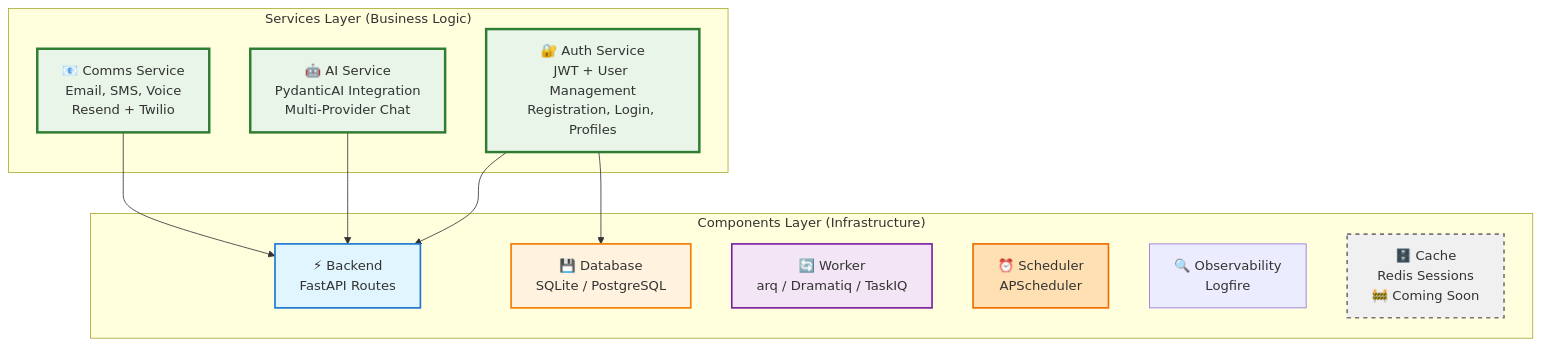
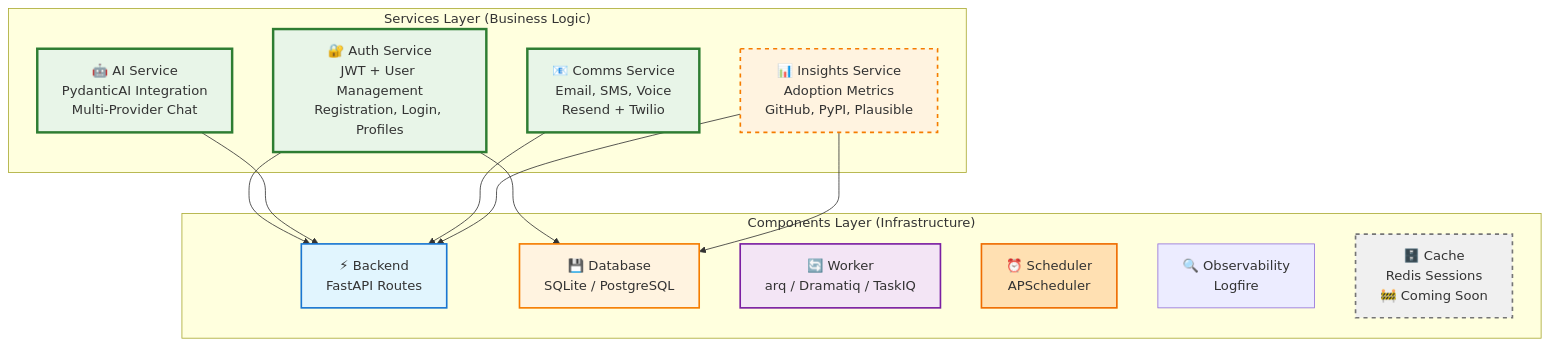
One commit to bhardwajRahul/aegis-stack changed the first of 4 diagrams in docs/services/index.md. Above: the diagram before and after it, drawn with Mermaid. The commit also changed other lines of this file and 90 other files, not shown here.

Commit message:
Insights Service

````diff
--- a/docs/services/index.md
+++ b/docs/services/index.md
@@ -11,31 +11,35 @@
 ```mermaid
 graph TB
     subgraph "Services Layer (Business Logic)"
         Auth[🔐 Auth Service<br/>JWT + User Management<br/>Registration, Login, Profiles]
         AI[🤖 AI Service<br/>PydanticAI Integration<br/>Multi-Provider Chat]
         Comms[📧 Comms Service<br/>Email, SMS, Voice<br/>Resend + Twilio]
+        Insights[📊 Insights Service<br/>Adoption Metrics<br/>GitHub, PyPI, Plausible]
     end
 
     subgraph "Components Layer (Infrastructure)"
         Backend[⚡ Backend<br/>FastAPI Routes]
         Database[💾 Database<br/>SQLite / PostgreSQL]
         Worker[🔄 Worker<br/>arq / Dramatiq / TaskIQ]
         Scheduler[⏰ Scheduler<br/>APScheduler]
         Observability[🔍 Observability<br/>Logfire]
         Cache[🗄️ Cache<br/>Redis Sessions<br/>🚧 Coming Soon]
     end
 
     Auth --> Backend
     Auth --> Database
     AI --> Backend
     Comms --> Backend
+    Insights --> Backend
+    Insights --> Database
 
     style Auth fill:#e8f5e8,stroke:#2e7d32,stroke-width:3px
     style AI fill:#e8f5e8,stroke:#2e7d32,stroke-width:3px
+    style Insights fill:#fff3e0,stroke:#f57c00,stroke-width:2px,stroke-dasharray: 5 5
     style Comms fill:#e8f5e8,stroke:#2e7d32,stroke-width:3px
     style Backend fill:#e1f5fe,stroke:#1976d2,stroke-width:2px
     style Database fill:#fff3e0,stroke:#f57c00,stroke-width:2px
     style Worker fill:#f3e5f5,stroke:#7b1fa2,stroke-width:2px
     style Scheduler fill:#ffe0b2,stroke:#ef6c00,stroke-width:2px
     style Cache fill:#f0f0f0,stroke:#757575,stroke-width:2px,stroke-dasharray: 5 5
 ```
````
